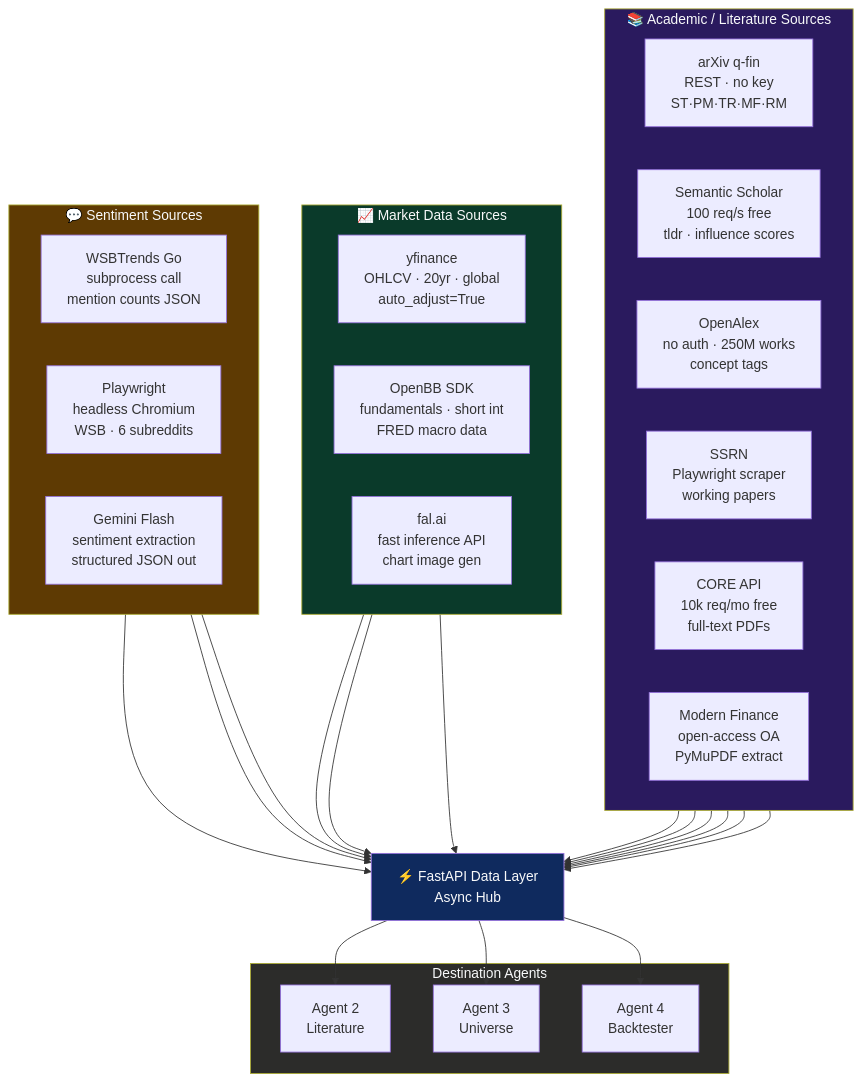
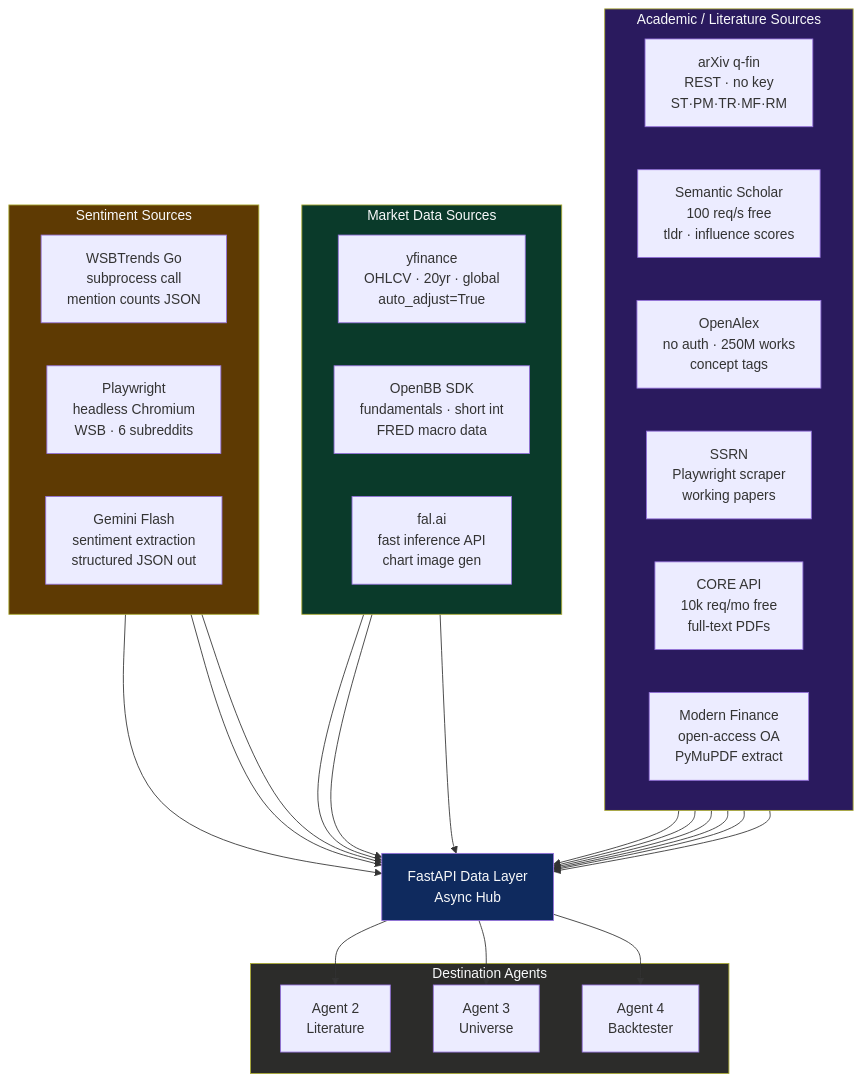
The fourth of 10 diagrams in README.md (AtillaErsezen/Octant-AI), drawn with Mermaid before and after one commit. The commit also changed other lines of this file and 1 other file, not shown here.

````diff
--- a/README.md
+++ b/README.md
@@ -301,48 +305,48 @@
 ```mermaid
 graph TB
-    subgraph ACAD["📚 Academic / Literature Sources"]
+    subgraph ACAD[" Academic / Literature Sources"]
         direction LR
         AX["arXiv q-fin\nREST · no key\nST·PM·TR·MF·RM"]
         SS["Semantic Scholar\n100 req/s free\ntldr · influence scores"]
         OA["OpenAlex\nno auth · 250M works\nconcept tags"]
         SR["SSRN\nPlaywright scraper\nworking papers"]
         CO["CORE API\n10k req/mo free\nfull-text PDFs"]
         MF["Modern Finance\nopen-access OA\nPyMuPDF extract"]
     end
 
-    subgraph MKTD["📈 Market Data Sources"]
+    subgraph MKTD[" Market Data Sources"]
         direction LR
         YF["yfinance\nOHLCV · 20yr · global\nauto_adjust=True"]
         OB["OpenBB SDK\nfundamentals · short int\nFRED macro data"]
         FA["fal.ai\nfast inference API\nchart image gen"]
     end
 
-    subgraph SENTI["💬 Sentiment Sources"]
+    subgraph SENTI[" Sentiment Sources"]
         direction LR
         WB["WSBTrends Go\nsubprocess call\nmention counts JSON"]
         PW["Playwright\nheadless Chromium\nWSB · 6 subreddits"]
         GF["Gemini Flash\nsentiment extraction\nstructured JSON out"]
     end
 
-    HUB["⚡ FastAPI Data Layer\nAsync Hub"]
+    HUB[" FastAPI Data Layer\nAsync Hub"]
 
     subgraph AGENTS["Destination Agents"]
         AG2["Agent 2\nLiterature"]
         AG3["Agent 3\nUniverse"]
         AG4["Agent 4\nBacktester"]
     end
 
     AX & SS & OA & SR & CO & MF --> HUB
     YF & OB & FA --> HUB
     WB & PW & GF --> HUB
 
     HUB --> AG2
     HUB --> AG3
     HUB --> AG4
 
     style ACAD fill:#2a1a5e,color:#F8F9FA
     style MKTD fill:#0a3a2a,color:#F8F9FA
     style SENTI fill:#5e3a03,color:#F8F9FA
     style HUB fill:#0f2a5e,color:#F8F9FA
     style AGENTS fill:#2C2C2A,color:#F8F9FA
 ```
````
